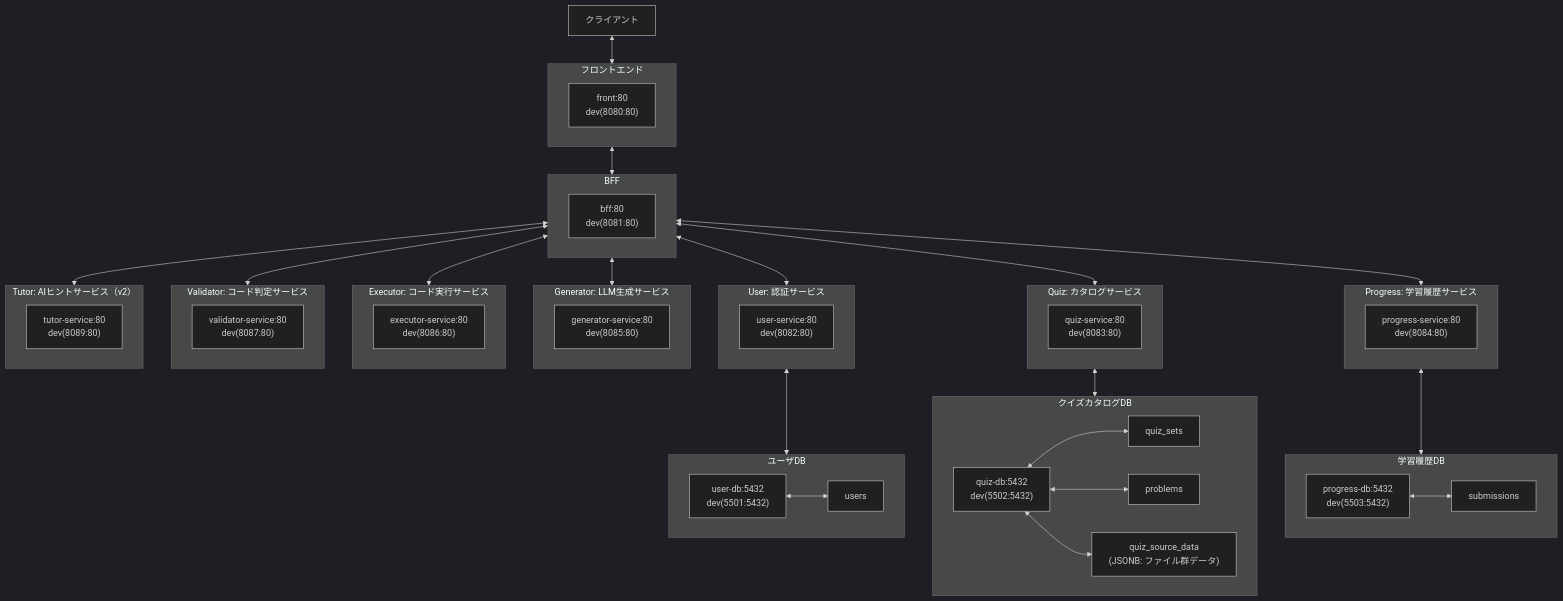
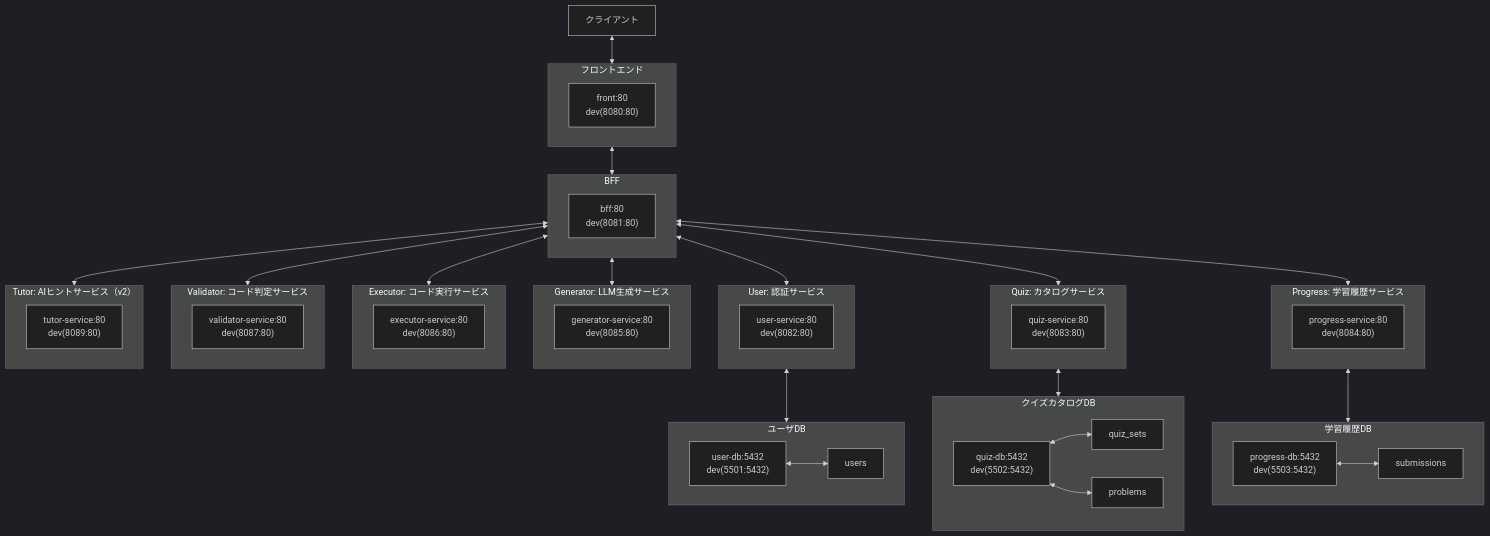
One commit to heyho99/under_code changed the diagram in design_docs/service-architecture.md. Above: the diagram before and after it, drawn with Mermaid (dark theme). The commit also changed 4 other files, not shown here.

```diff
--- a/design_docs/service-architecture.md
+++ b/design_docs/service-architecture.md
@@ -53,7 +53,6 @@
 	    quiz-db-port["quiz-db:5432<br/>dev(5502:5432)"]
         quiz_sets
         problems
-        quiz_source_data["quiz_source_data<br/>(JSONB: ファイル群データ)"]
     end
     
     subgraph progress-db [学習履歴DB]
@@ -83,7 +82,6 @@
     quiz-service <--> quiz-db
     quiz-db-port <--> quiz_sets
     quiz-db-port <--> problems
-    quiz-db-port <--> quiz_source_data
     
     progress-service <--> progress-db
     progress-db-port <--> submissions
```
